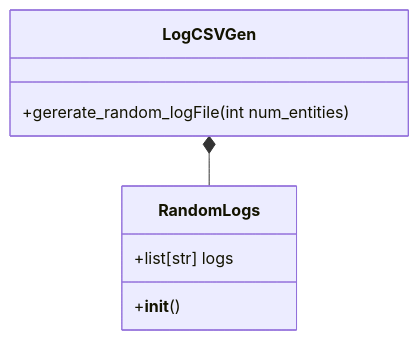
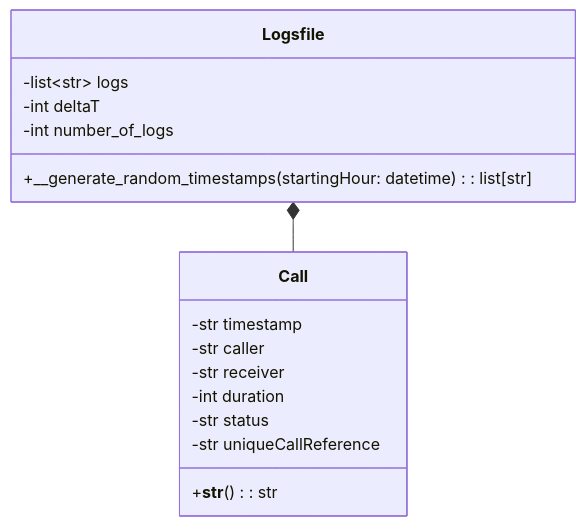
The fourth of 5 diagrams in docs/drs.md (Davide-OttoneCasagrande/Call-Log-Handler), drawn with Mermaid before and after one commit. The commit also changed other lines of this file and 5 other files, not shown here.

```diff
--- a/docs/drs.md
+++ b/docs/drs.md
@@ -231,13 +249,21 @@
 ::: mermaid
 classDiagram
-    LogCSVGen *-- RandomLogs
+    Logsfile *-- Call
+    
+class Call {
+        -str timestamp
+        -str caller
+        -str receiver
+        -int duration
+        -str status
+        -str uniqueCallReference
+        +__str__() : str
+    }
 
-    class LogCSVGen {
-        +gererate_random_logFile(int num_entities)
-    }
-
-    class RandomLogs {
-        +list[str] logs 
-        +__init__()
-    }
+    class Logsfile {
+        -list~str~ logs
+        -int deltaT
+        -int number_of_logs
+        +__generate_random_timestamps(startingHour: datetime) : list[str]
+    }
 :::
```
